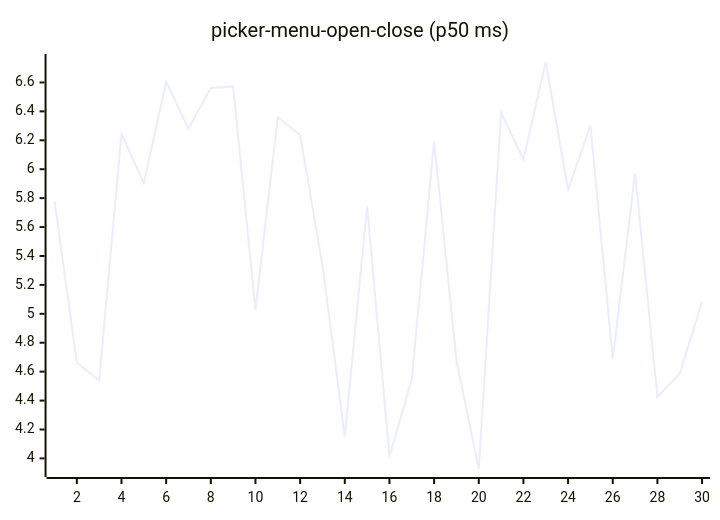
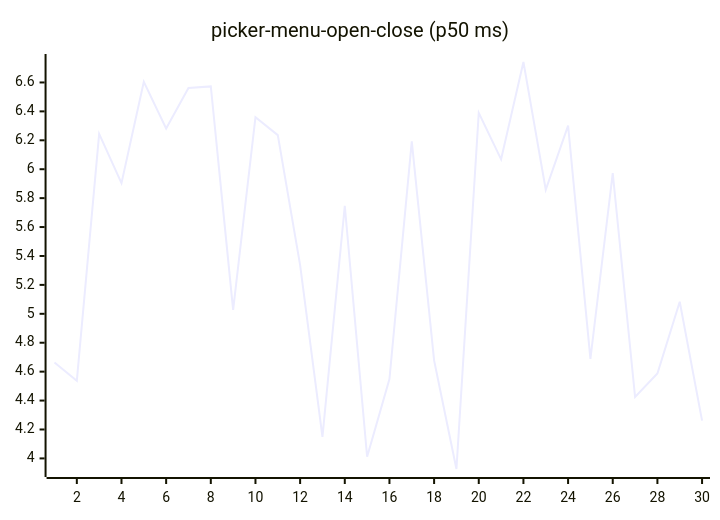
One commit to josha/Facet changed diagram 16 of 27 in README.md. Above: the diagram before and after it, drawn with Mermaid. The commit also changed other lines of this file and 2 other files, not shown here.

````diff
--- a/README.md
+++ b/README.md
@@ -168,6 +168,6 @@
 ```mermaid
 xychart-beta
     title "picker-menu-open-close (p50 ms)"
     x-axis 1 --> 30
-    line [5.7822, 4.6627, 4.5372, 6.2442, 5.9038, 6.6044, 6.2815, 6.5623, 6.5728, 5.0278, 6.3599, 6.2355, 5.3362, 4.1492, 5.7473, 4.0112, 4.5489, 6.1919, 4.6774, 3.9267, 6.3897, 6.0683, 6.7415, 5.8582, 6.3016, 4.6878, 5.9725, 4.4246, 4.5868, 5.0832]
+    line [4.6627, 4.5372, 6.2442, 5.9038, 6.6044, 6.2815, 6.5623, 6.5728, 5.0278, 6.3599, 6.2355, 5.3362, 4.1492, 5.7473, 4.0112, 4.5489, 6.1919, 4.6774, 3.9267, 6.3897, 6.0683, 6.7415, 5.8582, 6.3016, 4.6878, 5.9725, 4.4246, 4.5868, 5.0832, 4.2609]
 ```
````
